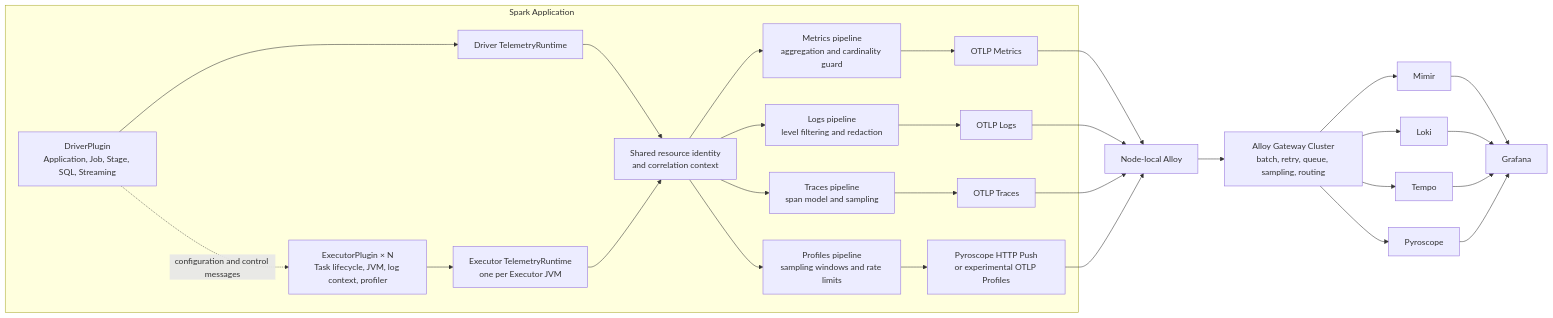
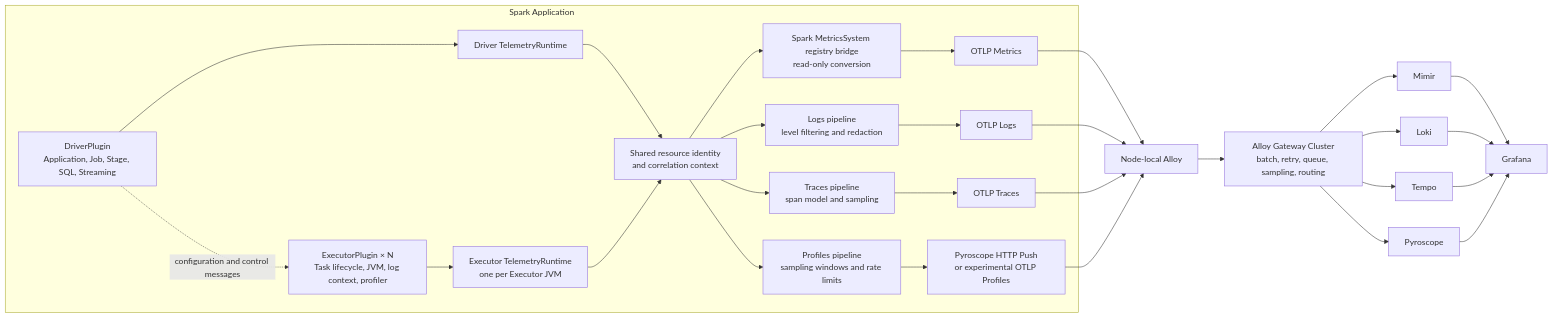
One commit to wForget/spark-telemetry-plugin changed the diagram in ARCHITECTURE.md. Above: the diagram before and after it, drawn with Mermaid. The commit also changed other lines of this file and 13 other files, not shown here.

Commit message:
Export Spark MetricsSystem registry

````diff
--- a/ARCHITECTURE.md
+++ b/ARCHITECTURE.md
@@ -59,42 +59,42 @@
 ```mermaid
 flowchart LR
     subgraph Spark["Spark Application"]
         DP["DriverPlugin<br/>Application, Job, Stage, SQL, Streaming"]
         EP["ExecutorPlugin × N<br/>Task lifecycle, JVM, log context, profiler"]
 
         DP -. "configuration and control messages" .-> EP
 
         DP --> DR["Driver TelemetryRuntime"]
         EP --> ER["Executor TelemetryRuntime<br/>one per Executor JVM"]
 
         DR --> RC["Shared resource identity<br/>and correlation context"]
         ER --> RC
 
-        RC --> MQ["Metrics pipeline<br/>aggregation and cardinality guard"]
+        RC --> MQ["Spark MetricsSystem registry bridge<br/>read-only conversion"]
         RC --> LQ["Logs pipeline<br/>level filtering and redaction"]
         RC --> TQ["Traces pipeline<br/>span model and sampling"]
         RC --> PQ["Profiles pipeline<br/>sampling windows and rate limits"]
 
         MQ --> OM["OTLP Metrics"]
         LQ --> OL["OTLP Logs"]
         TQ --> OT["OTLP Traces"]
         PQ --> PP["Pyroscope HTTP Push<br/>or experimental OTLP Profiles"]
     end
 
     OM --> Edge["Node-local Alloy"]
     OL --> Edge
     OT --> Edge
     PP --> Edge
 
     Edge --> Gateway["Alloy Gateway Cluster<br/>batch, retry, queue, sampling, routing"]
 
     Gateway --> Mimir
     Gateway --> Loki
     Gateway --> Tempo
     Gateway --> Pyroscope
 
     Mimir --> Grafana
     Loki --> Grafana
     Tempo --> Grafana
     Pyroscope --> Grafana
 ```
````
